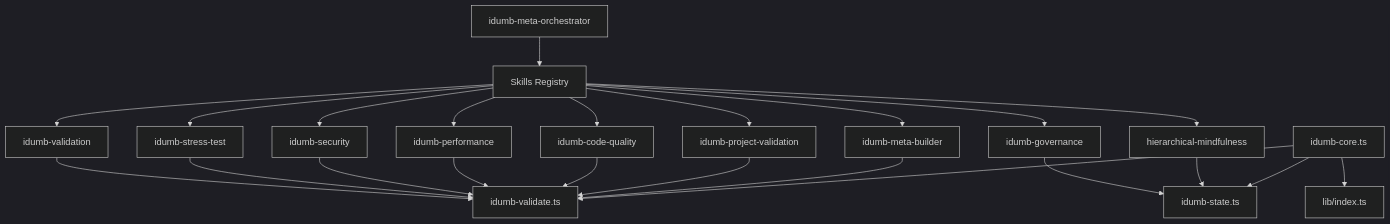
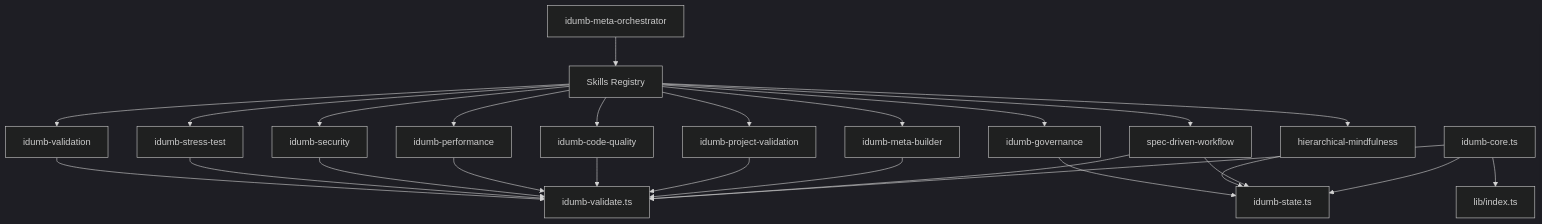
Before and after one commit to shynlee04/idumb-plugin: the third of 3 diagrams in .qoder/repowiki/en/content/Skill System/Skill System.md, drawn with Mermaid (dark theme). The commit also changed other lines of this file and 19 other files, not shown here.

````diff
--- a/.qoder/repowiki/en/content/Skill System/Skill System.md
+++ b/.qoder/repowiki/en/content/Skill System/Skill System.md
@@ -352,25 +394,28 @@
 ```mermaid
 graph TB
 Orchestrator["idumb-meta-orchestrator"] --> Skills["Skills Registry"]
 Skills --> Validation["idumb-validation"]
 Skills --> Stress["idumb-stress-test"]
 Skills --> Security["idumb-security"]
 Skills --> Perf["idumb-performance"]
 Skills --> Quality["idumb-code-quality"]
 Skills --> Governance["idumb-governance"]
 Skills --> ProjectVal["idumb-project-validation"]
 Skills --> Mindfulness["hierarchical-mindfulness"]
 Skills --> MetaBuilder["idumb-meta-builder"]
+Skills --> SpecWorkflow["spec-driven-workflow"]
 Validation --> Tools["idumb-validate.ts"]
 Stress --> Tools
 Security --> Tools
 Perf --> Tools
 Quality --> Tools
 Governance --> State["idumb-state.ts"]
 ProjectVal --> Tools
 Mindfulness --> State
 MetaBuilder --> Tools
+SpecWorkflow --> Tools
+SpecWorkflow --> State
 Plugin["idumb-core.ts"] --> Lib["lib/index.ts"]
 Plugin --> State
 Plugin --> Tools
 ```
````
